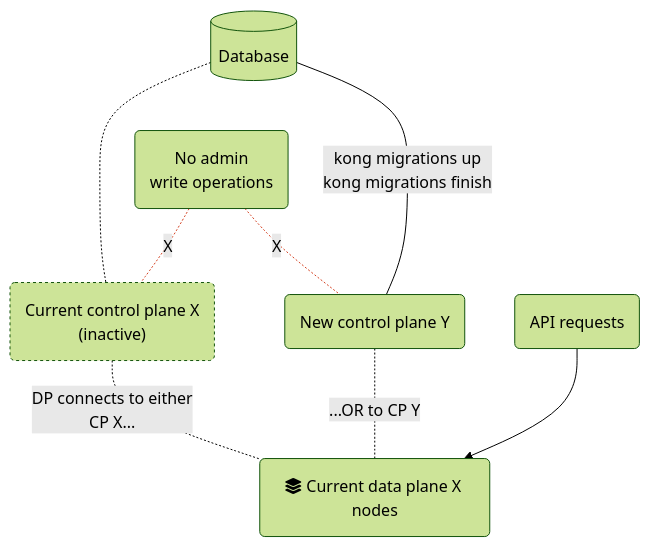
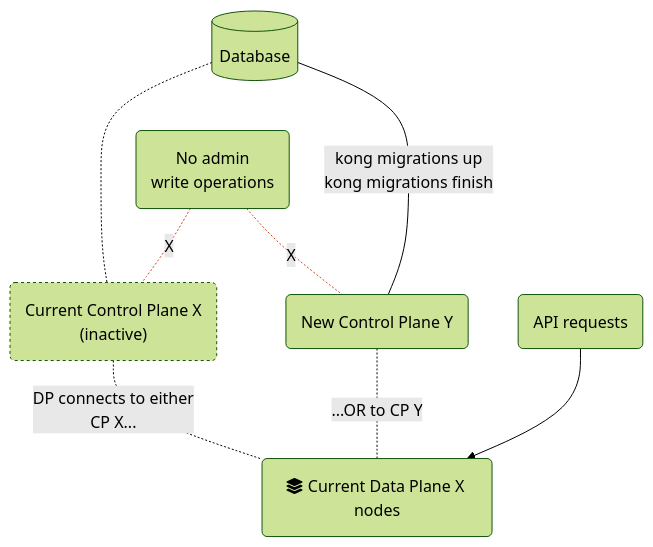
One commit to Kong/developer.konghq.com changed the second of 4 diagrams in app/_includes/upgrade/hybrid.md. Above: the diagram before and after it, drawn with Mermaid (forest theme). The commit also changed other lines of this file and 7 other files, not shown here.

```diff
--- a/app/_includes/upgrade/hybrid.md
+++ b/app/_includes/upgrade/hybrid.md
@@ -61,19 +62,19 @@
 {% mermaid %}
 flowchart 
     DBA[(Database)]
-    CPX(Current control plane X \n #40;inactive#41;)
+    CPX(Current Control Plane X \n #40;inactive#41;)
     Admin(No admin \n write operations)
-    CPY(New control plane Y)
-    DPX(fa:fa-layer-group Current data plane X nodes)
+    CPY(New Control Plane Y)
+    DPX(fa:fa-layer-group Current Data Plane X nodes)
     API(API requests)
 
     DBA -..- CPX -."DP connects to either \nCP X...".- DPX
     Admin -.X.- CPX & CPY
     DBA --"kong migrations up \n kong migrations finish"--- CPY -."...OR to CP Y".- DPX
     API--> DPX
 
     style API stroke:none!important,fill:none!important
     style CPX stroke-dasharray:3
     style Admin fill:none!important,stroke:none!important,color:#d44324!important
     linkStyle 2,3 stroke:#d44324!important,color:#d44324!important
 {% endmermaid %}
```
